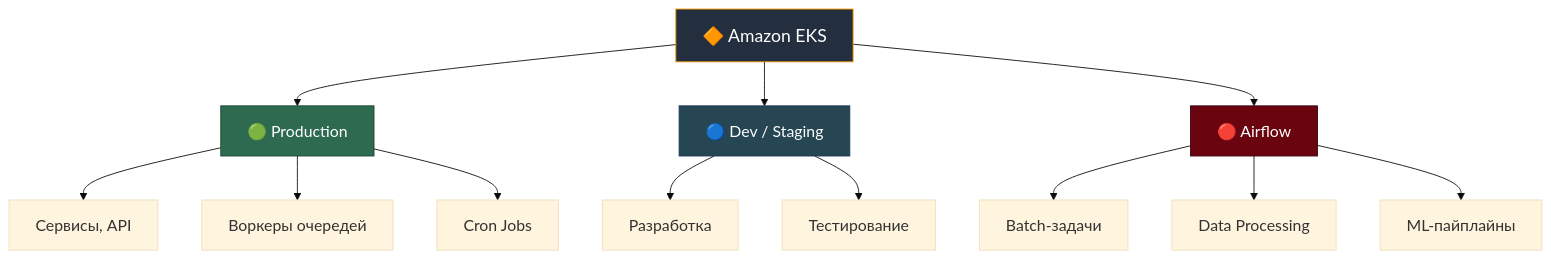
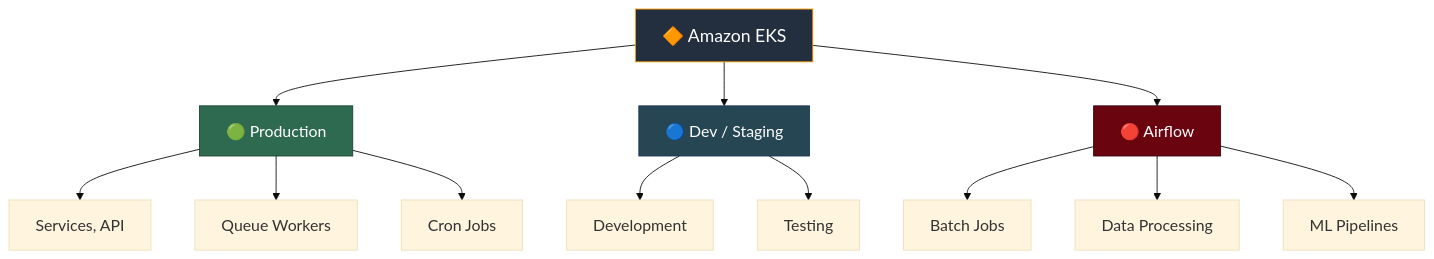
One commit to ViktorUJ/cks changed the first of 10 diagrams in docs/articles/from_spot_io_to_karpenter/readme.MD. Above: the diagram before and after it, drawn with Mermaid. The commit also changed other lines of this file and 1 other file, not shown here.

````diff
--- a/docs/articles/from_spot_io_to_karpenter/readme.MD
+++ b/docs/articles/from_spot_io_to_karpenter/readme.MD
@@ -15,30 +17,30 @@
 ```mermaid
 ---
 config:
   theme: base
   themeVariables:
     fontSize: 18px
     nodeSpacing: 60
     rankSpacing: 80
 ---
 graph TD
     EKS["🔶 Amazon EKS"] --> PROD["🟢 Production"]
     EKS --> DEV["🔵 Dev / Staging"]
     EKS --> AIRFLOW["🔴 Airflow"]
 
-    PROD --> P1["Сервисы, API"]
-    PROD --> P2["Воркеры очередей"]
+    PROD --> P1["Services, API"]
+    PROD --> P2["Queue Workers"]
     PROD --> P3["Cron Jobs"]
 
-    DEV --> D1["Разработка"]
-    DEV --> D2["Тестирование"]
+    DEV --> D1["Development"]
+    DEV --> D2["Testing"]
 
-    AIRFLOW --> A1["Batch-задачи"]
+    AIRFLOW --> A1["Batch Jobs"]
     AIRFLOW --> A2["Data Processing"]
-    AIRFLOW --> A3["ML-пайплайны"]
+    AIRFLOW --> A3["ML Pipelines"]
 
     style EKS fill:#232f3e,stroke:#ff9900,color:#fff,font-size:20px
     style PROD fill:#2d6a4f,stroke:#1b4332,color:#fff,font-size:18px
     style DEV fill:#264653,stroke:#1d3557,color:#fff,font-size:18px
     style AIRFLOW fill:#6a040f,stroke:#370617,color:#fff,font-size:18px
 ```
````
